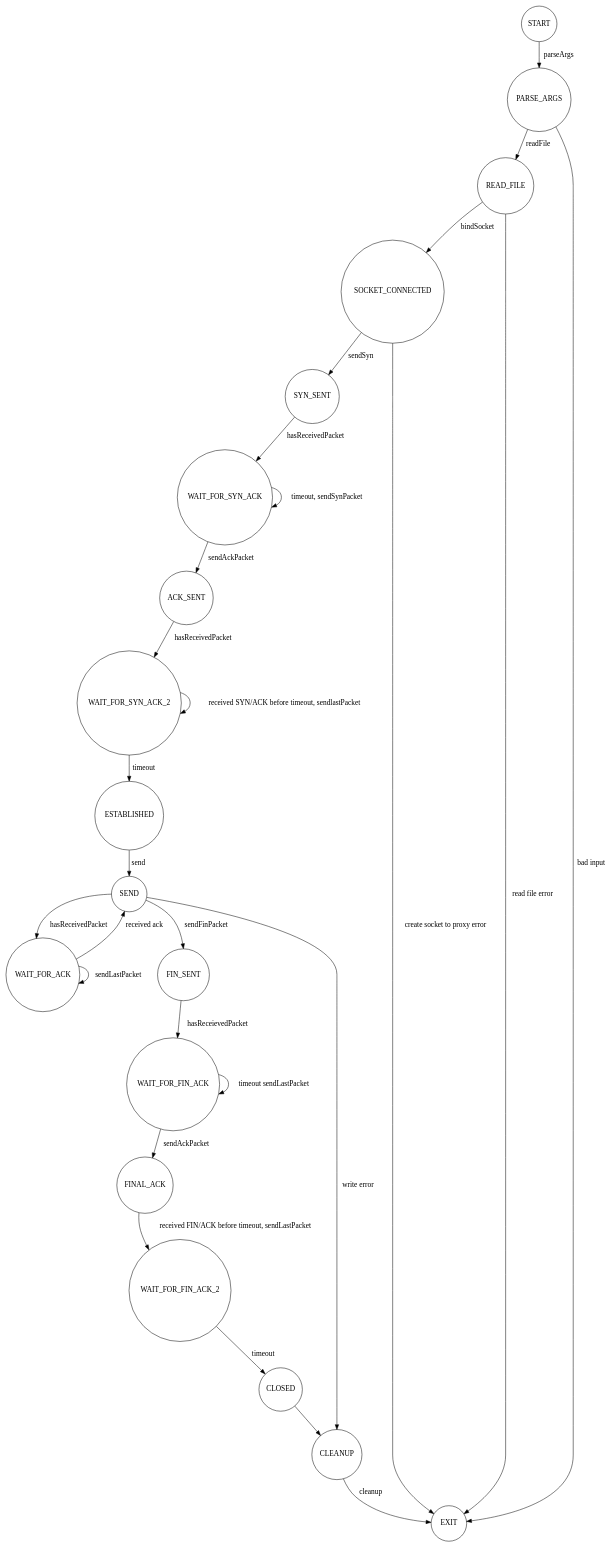
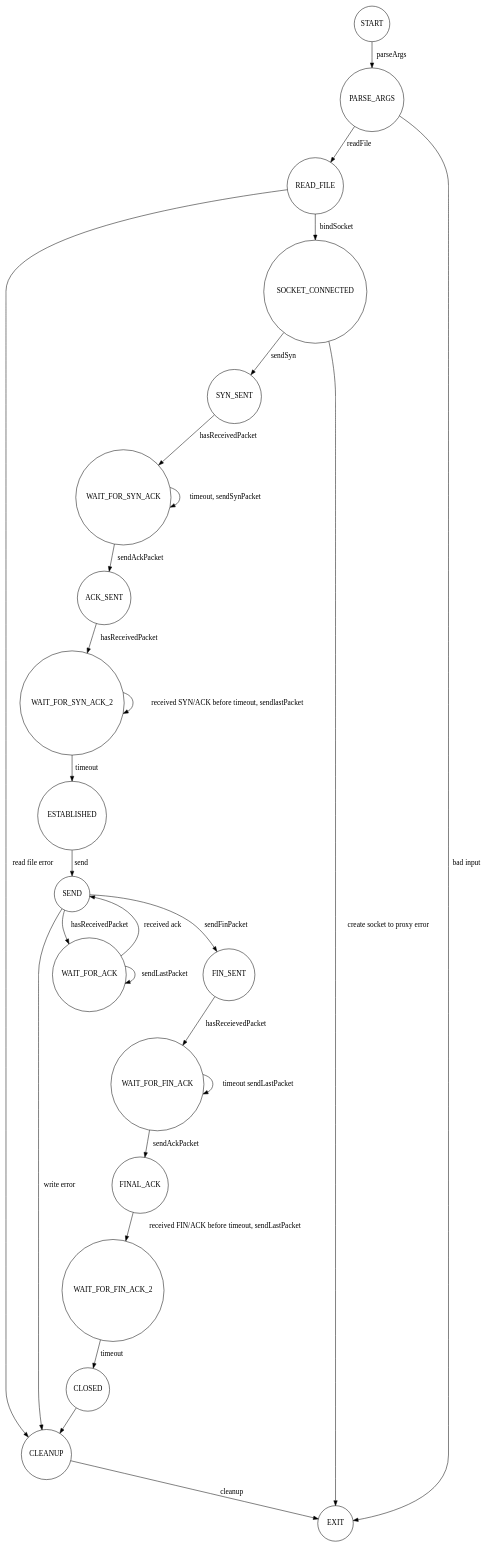
One commit to inaguu/comp7005_project changed the diagram in diagrams/client.gv. Above: the diagram before and after it, drawn with Graphviz.

Commit message:
feat: update client fsm

```diff
--- a/diagrams/client.gv
+++ b/diagrams/client.gv
@@ -1,58 +1,58 @@
 digraph Client {
   node [shape = circle; fontsize = 15; width = 1; height = 1;];
   edge [fontsize = 15;];
   
   
   // States
   START;
   PARSE_ARGS;
   READ_FILE;
   SOCKET_CONNECTED;
   SYN_SENT;
   WAIT_FOR_SYN_ACK;
   WAIT_FOR_SYN_ACK_2;
   ACK_SENT;
   ESTABLISHED;
   SEND;
   WAIT_FOR_ACK;
   FIN_SENT;
   WAIT_FOR_FIN_ACK;
   WAIT_FOR_FIN_ACK_2;
   FINAL_ACK;
   CLOSED;
   CLEANUP;
   EXIT;
   
   // Transitions
   START -> PARSE_ARGS [label = "parseArgs";];
   PARSE_ARGS -> READ_FILE [label = "readFile";];
   READ_FILE -> SOCKET_CONNECTED [label = "bindSocket";];
   SOCKET_CONNECTED -> SYN_SENT [label = "sendSyn";];
   
   SYN_SENT -> WAIT_FOR_SYN_ACK [label = "hasReceivedPacket";];
   WAIT_FOR_SYN_ACK -> WAIT_FOR_SYN_ACK [label = "timeout, sendSynPacket";];
   WAIT_FOR_SYN_ACK -> ACK_SENT [label = "sendAckPacket";];
   ACK_SENT -> WAIT_FOR_SYN_ACK_2 [label = "hasReceivedPacket";];
   WAIT_FOR_SYN_ACK_2 -> WAIT_FOR_SYN_ACK_2 [label = "received SYN/ACK before timeout, sendlastPacket";];
   WAIT_FOR_SYN_ACK_2 -> ESTABLISHED [label = "timeout";];
   
   ESTABLISHED -> SEND [label = "send";];
   SEND -> WAIT_FOR_ACK [label = "hasReceivedPacket";];
   WAIT_FOR_ACK -> WAIT_FOR_ACK [label = "sendLastPacket";];
   WAIT_FOR_ACK -> SEND [label = "received ack";];
   
   SEND -> FIN_SENT [label = "sendFinPacket";];
   FIN_SENT -> WAIT_FOR_FIN_ACK [label = "hasReceievedPacket";];
   WAIT_FOR_FIN_ACK -> WAIT_FOR_FIN_ACK [label = "timeout sendLastPacket";];
   WAIT_FOR_FIN_ACK -> FINAL_ACK [label = "sendAckPacket";];
   FINAL_ACK -> WAIT_FOR_FIN_ACK_2 [label = "received FIN/ACK before timeout, sendLastPacket";];
   WAIT_FOR_FIN_ACK_2 -> CLOSED [label = "timeout";];
   
   CLOSED -> CLEANUP;
   CLEANUP -> EXIT [label = "cleanup";];
   
   PARSE_ARGS -> EXIT [label = "bad input";];
-  READ_FILE -> EXIT [label = "read file error";];
+  READ_FILE -> CLEANUP [label = "read file error";];
   SOCKET_CONNECTED -> EXIT [label = "create socket to proxy error";];
   SEND -> CLEANUP [label = "write error";];
 }
```
